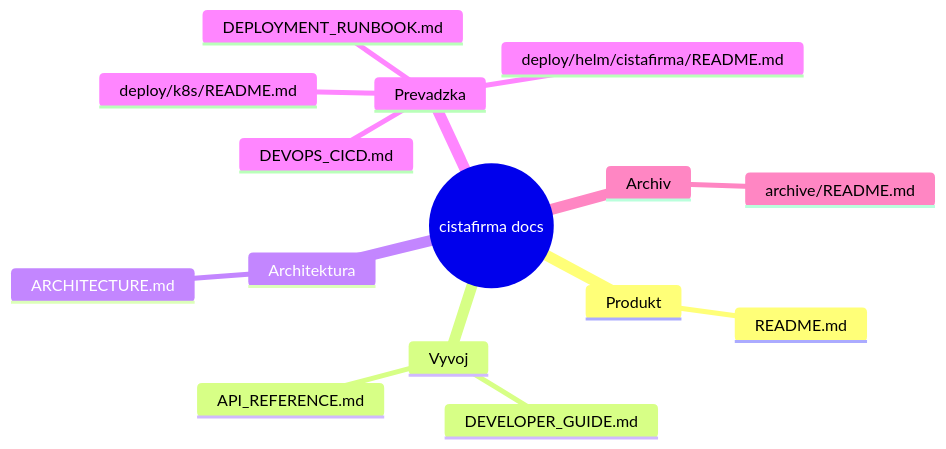
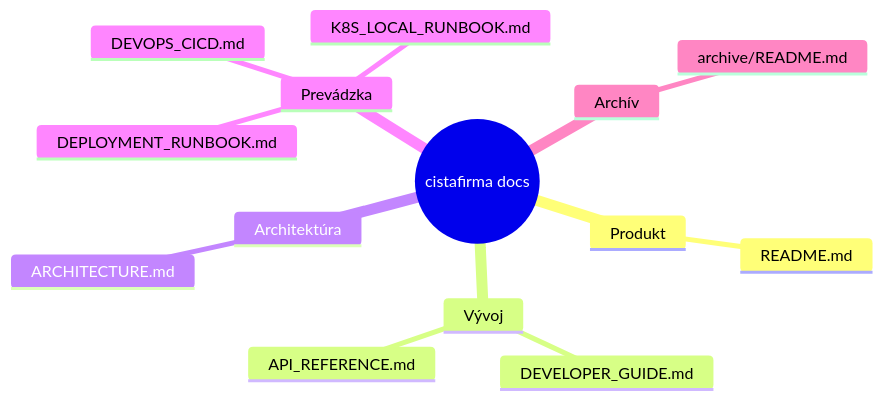
Before and after one commit to xsugra/cistafirma.sk: the diagram in docs/README.md, drawn with Mermaid. The commit also changed other lines of this file and 36 other files, not shown here.

````diff
--- a/docs/README.md
+++ b/docs/README.md
@@ -17,18 +20,17 @@
 ```mermaid
 mindmap
   root((cistafirma docs))
     Produkt
       README.md
-    Vyvoj
+    Vývoj
       DEVELOPER_GUIDE.md
       API_REFERENCE.md
-    Architektura
+    Architektúra
       ARCHITECTURE.md
-    Prevadzka
+    Prevádzka
       DEVOPS_CICD.md
       DEPLOYMENT_RUNBOOK.md
-      deploy/k8s/README.md
-      deploy/helm/cistafirma/README.md
-    Archiv
+      K8S_LOCAL_RUNBOOK.md
+    Archív
       archive/README.md
 ```
````
